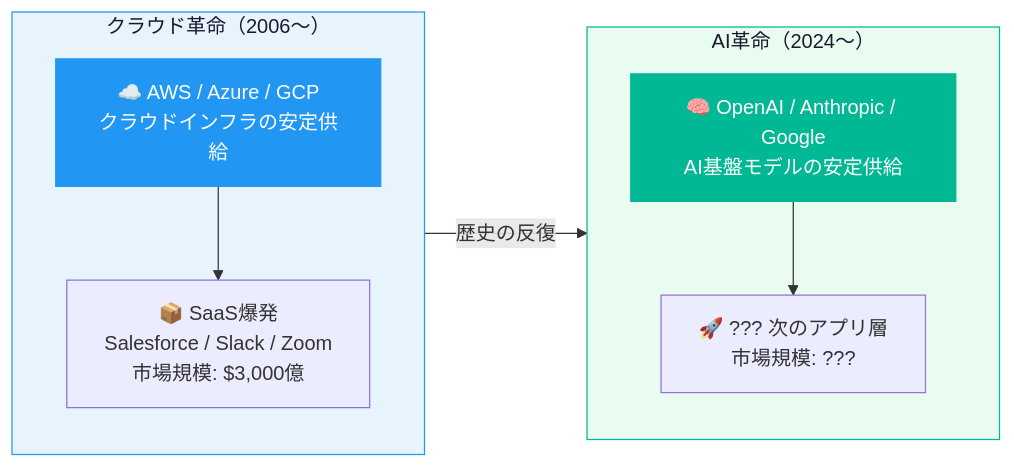
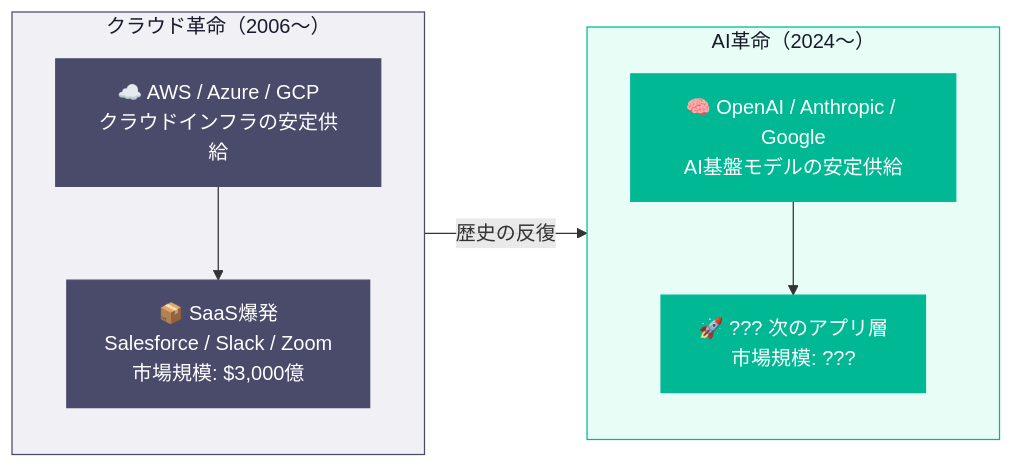
The first of 10 diagrams in docs/jp/saas-is-dead_JP.md (Leading-AI-IO/saas-is-dead-the-next-ai-business-model), drawn with Mermaid before and after one commit. The commit also changed other lines of this file, not shown here.

````diff
--- a/docs/jp/saas-is-dead_JP.md
+++ b/docs/jp/saas-is-dead_JP.md
@@ -94,23 +94,25 @@
 ```mermaid
 flowchart LR
     subgraph ERA1["クラウド革命（2006〜）"]
         direction TB
         A1["☁️ AWS / Azure / GCP\nクラウドインフラの安定供給"]
         A2["📦 SaaS爆発\nSalesforce / Slack / Zoom\n市場規模: $3,000億"]
         A1 --> A2
     end
 
     subgraph ERA2["AI革命（2024〜）"]
         direction TB
         B1["🧠 OpenAI / Anthropic / Google\nAI基盤モデルの安定供給"]
         B2["🚀 ??? 次のアプリ層\n市場規模: ???"]
         B1 --> B2
     end
 
     ERA1 -- "歴史の反復" --> ERA2
 
-    style ERA1 fill:#e8f4fd,stroke:#2196F3,color:#1a1a2e
-    style ERA2 fill:#e8fdf0,stroke:#00b894,color:#1a1a2e
-    style A1 fill:#2196F3,stroke:#2196F3,color:#fff
+    style ERA1 fill:#f0f0f5,stroke:#4a4a6a,color:#1a1a2e
+    style ERA2 fill:#e8fdf5,stroke:#00b894,color:#1a1a2e
+    style A1 fill:#4a4a6a,stroke:#4a4a6a,color:#fff
+    style A2 fill:#4a4a6a,stroke:#4a4a6a,color:#fff
     style B1 fill:#00b894,stroke:#00b894,color:#fff
+    style B2 fill:#00b894,stroke:#00b894,color:#fff
 ```
````
